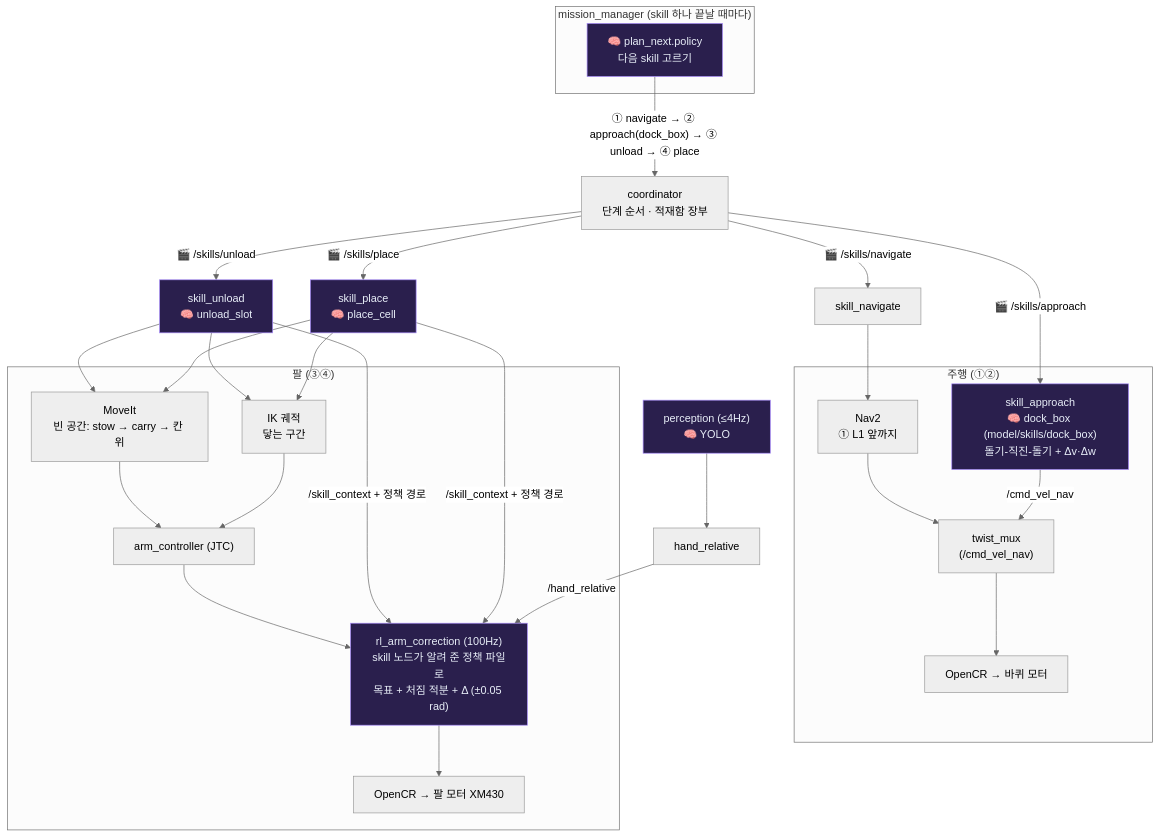
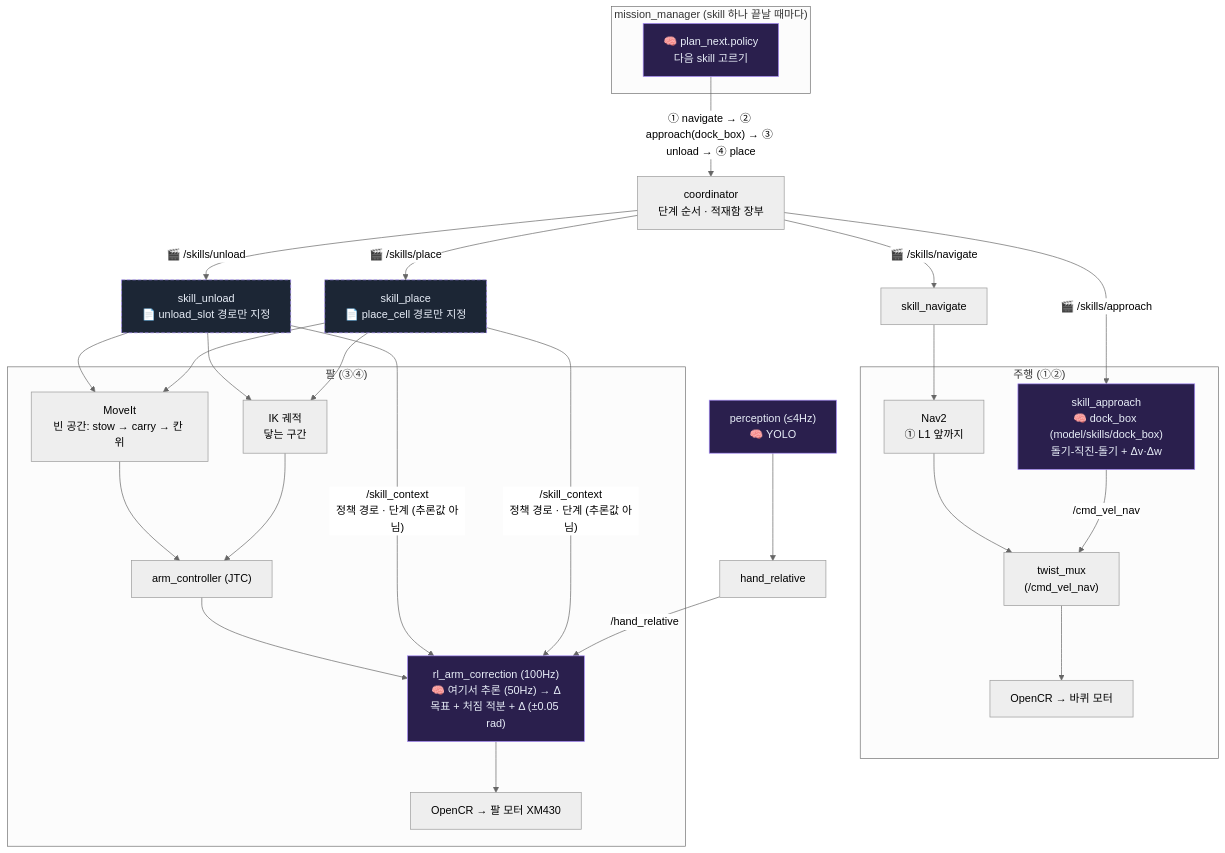
The fourth of 9 diagrams in bee/system-map.md (JuneKunst/JuneKunst.github.io), drawn with Mermaid (neutral theme) before and after one commit. The commit also changed other lines of this file, not shown here.

Commit message:
bee: 전체 지도 3-1 — 팔 skill은 정책 경로만 지정, 추론은 rl_arm_correction (그림 표시 수정)

````diff
--- a/bee/system-map.md
+++ b/bee/system-map.md
@@ -119,30 +119,31 @@
 ```mermaid
 flowchart TB
   subgraph gx_MM["mission_manager (skill 하나 끝날 때마다)"]
     gx_PN["🧠 plan_next.policy<br/>다음 skill 고르기"]:::model
   end
   gx_PN -->|"① navigate → ② approach(dock_box) → ③ unload → ④ place"| gx_CO["coordinator<br/>단계 순서 · 적재함 장부"]
   gx_CO -->|"🎬 /skills/navigate"| gx_SN["skill_navigate"] --> gx_NAV["Nav2<br/>① L1 앞까지"]
   gx_CO -->|"🎬 /skills/approach"| gx_SA["skill_approach<br/>🧠 dock_box (model/skills/dock_box)<br/>돌기-직진-돌기 + Δv·Δw"]:::model
-  gx_CO -->|"🎬 /skills/unload"| gx_SU["skill_unload<br/>🧠 unload_slot"]:::model
-  gx_CO -->|"🎬 /skills/place"| gx_SP["skill_place<br/>🧠 place_cell"]:::model
+  gx_CO -->|"🎬 /skills/unload"| gx_SU["skill_unload<br/>📄 unload_slot 경로만 지정"]:::pick
+  gx_CO -->|"🎬 /skills/place"| gx_SP["skill_place<br/>📄 place_cell 경로만 지정"]:::pick
   subgraph gx_BASE_PATH["주행 (①②)"]
     gx_NAV --> gx_NC["twist_mux<br/>(/cmd_vel_nav)"]
     gx_SA -->|"/cmd_vel_nav"| gx_NC
     gx_NC --> gx_OC["OpenCR → 바퀴 모터"]
   end
   subgraph gx_ARM_PATH["팔 (③④)"]
     gx_MV["MoveIt<br/>빈 공간: stow → carry → 칸 위"] --> gx_JTC["arm_controller (JTC)"]
     gx_IK["IK 궤적<br/>닿는 구간"] --> gx_JTC
-    gx_JTC --> gx_RC["rl_arm_correction (100Hz)<br/>skill 노드가 알려 준 정책 파일로<br/>목표 + 처짐 적분 + Δ (±0.05 rad)"]:::model
+    gx_JTC --> gx_RC["rl_arm_correction (100Hz)<br/>🧠 여기서 추론 (50Hz) → Δ<br/>목표 + 처짐 적분 + Δ (±0.05 rad)"]:::model
     gx_RC --> gx_DX["OpenCR → 팔 모터 XM430"]
   end
   gx_SU --> gx_MV
   gx_SU --> gx_IK
   gx_SP --> gx_MV
   gx_SP --> gx_IK
-  gx_SU -->|"/skill_context + 정책 경로"| gx_RC
-  gx_SP -->|"/skill_context + 정책 경로"| gx_RC
+  gx_SU -->|"/skill_context<br/>정책 경로 · 단계 (추론값 아님)"| gx_RC
+  gx_SP -->|"/skill_context<br/>정책 경로 · 단계 (추론값 아님)"| gx_RC
   gx_CAM["perception (≤4Hz)<br/>🧠 YOLO"]:::model --> gx_HR["hand_relative"] -->|"/hand_relative"| gx_RC
   classDef model fill:#2a1f4d,stroke:#a78bfa,color:#e8eef8
+  classDef pick fill:#1c2635,stroke:#a78bfa,color:#e8eef8,stroke-dasharray:5 3
 ```
````
